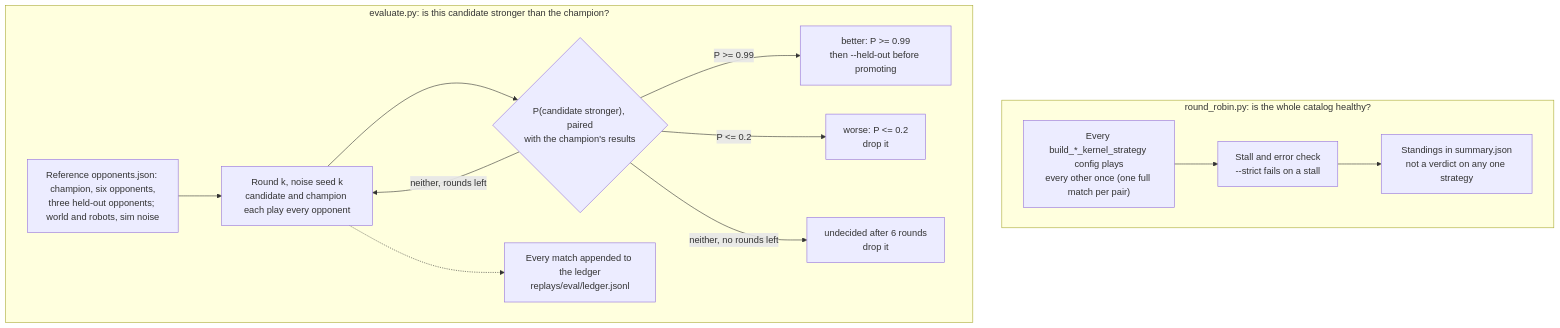
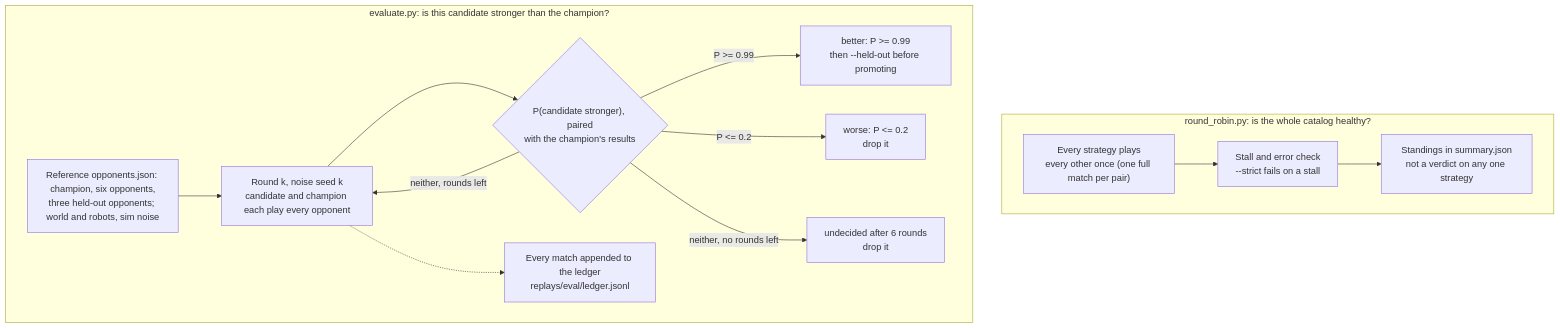
Before and after one commit to First-Order-RoboCup-SSL/Utama-Core: the fourth of 5 diagrams in docs/STRATEGY_DEVELOPMENT.md, drawn with Mermaid. The commit also changed other lines of this file and 93 other files, not shown here.

````diff
--- a/docs/STRATEGY_DEVELOPMENT.md
+++ b/docs/STRATEGY_DEVELOPMENT.md
@@ -269,25 +268,25 @@
 ```mermaid
 flowchart TD
     subgraph rr["round_robin.py: is the whole catalog healthy?"]
-        r1["Every build_*_kernel_strategy config plays<br/>every other once (one full match per pair)"]
+        r1["Every strategy plays<br/>every other once (one full match per pair)"]
         r2["Stall and error check<br/>--strict fails on a stall"]
         r3["Standings in summary.json<br/>not a verdict on any one strategy"]
         r1 --> r2 --> r3
     end
 
     subgraph ev["evaluate.py: is this candidate stronger than the champion?"]
         e1["Reference opponents.json: champion, six opponents,<br/>three held-out opponents; world and robots, sim noise"]
         e2["Round k, noise seed k<br/>candidate and champion each play every opponent"]
         e7["Every match appended to the ledger<br/>replays/eval/ledger.jsonl"]
         e3{"P(candidate stronger), paired<br/>with the champion's results"}
         e4["better: P >= 0.99<br/>then --held-out before promoting"]
         e5["worse: P <= 0.2<br/>drop it"]
         e6["undecided after 6 rounds<br/>drop it"]
         e1 --> e2 --> e3
         e2 -.-> e7
         e3 -- "P >= 0.99" --> e4
         e3 -- "P <= 0.2" --> e5
         e3 -- "neither, rounds left" --> e2
         e3 -- "neither, no rounds left" --> e6
     end
 ```
````
